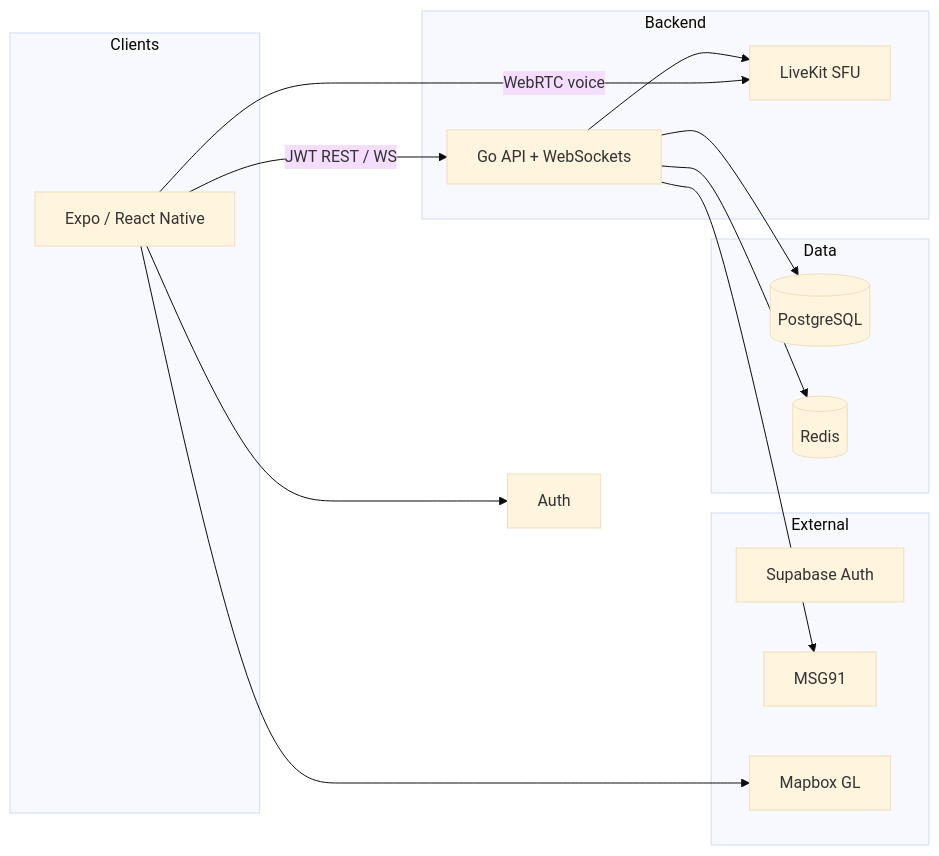
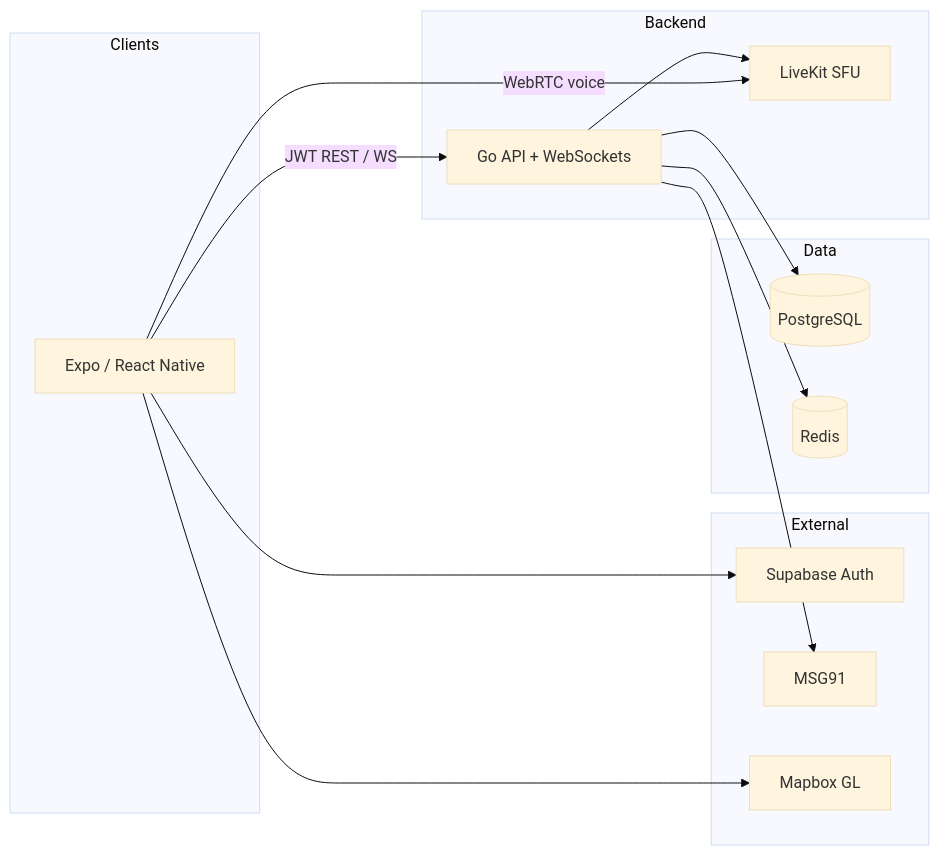
One commit to vigneshmanikandan97/pacenote changed the diagram in README.md. Above: the diagram before and after it, drawn with Mermaid (base theme). The commit also changed other lines of this file and 1 other file, not shown here.

````diff
--- a/README.md
+++ b/README.md
@@ -36,31 +21,31 @@
 ```mermaid
 flowchart LR
   subgraph clients["Clients"]
     Mobile["Expo / React Native"]
   end
 
   subgraph backend["Backend"]
     API["Go API + WebSockets"]
     LK["LiveKit SFU"]
   end
 
   subgraph data["Data"]
     PG[("PostgreSQL")]
     RD[("Redis")]
   end
 
   subgraph external["External"]
     SB["Supabase Auth"]
     MSG["MSG91"]
     MB["Mapbox GL"]
   end
 
   Mobile -->|JWT REST / WS| API
   Mobile -->|WebRTC voice| LK
-  Mobile --> Auth
+  Mobile --> SB
   API --> PG
   API --> RD
   API --> LK
   API --> MSG
   Mobile --> MB
 ```
````
